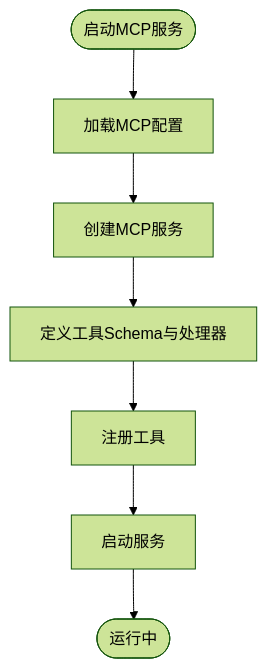
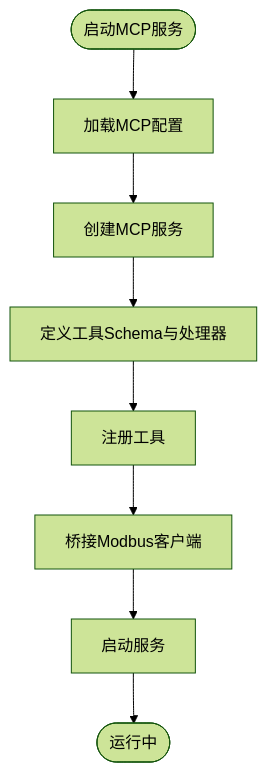
The fifth of 8 diagrams in .qoder/repowiki/zh/content/AI应用模块/AI应用模块.md (maomao94/zero-service), drawn with Mermaid (forest theme) before and after one commit. The commit also changed other lines of this file and 8 other files, not shown here.

````diff
--- a/.qoder/repowiki/zh/content/AI应用模块/AI应用模块.md
+++ b/.qoder/repowiki/zh/content/AI应用模块/AI应用模块.md
@@ -316,9 +329,10 @@
 ```mermaid
 flowchart TD
 Start(["启动MCP服务"]) --> LoadCfg["加载MCP配置"]
 LoadCfg --> CreateServer["创建MCP服务"]
 CreateServer --> DefineTool["定义工具Schema与处理器"]
 DefineTool --> RegisterTool["注册工具"]
-RegisterTool --> StartSrv["启动服务"]
+RegisterTool --> BridgeModbus["桥接Modbus客户端"]
+BridgeModbus --> StartSrv["启动服务"]
 StartSrv --> End(["运行中"])
 ```
````
